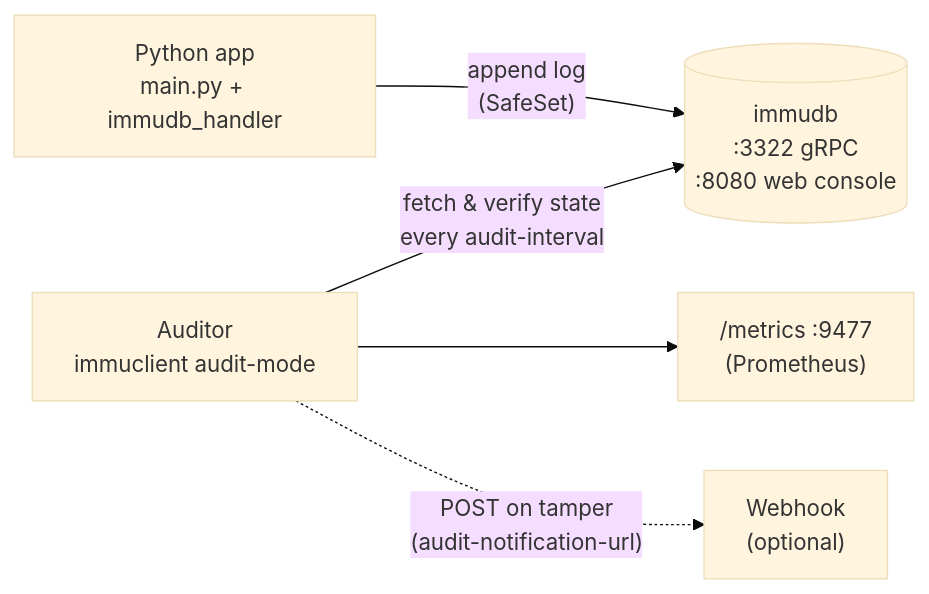
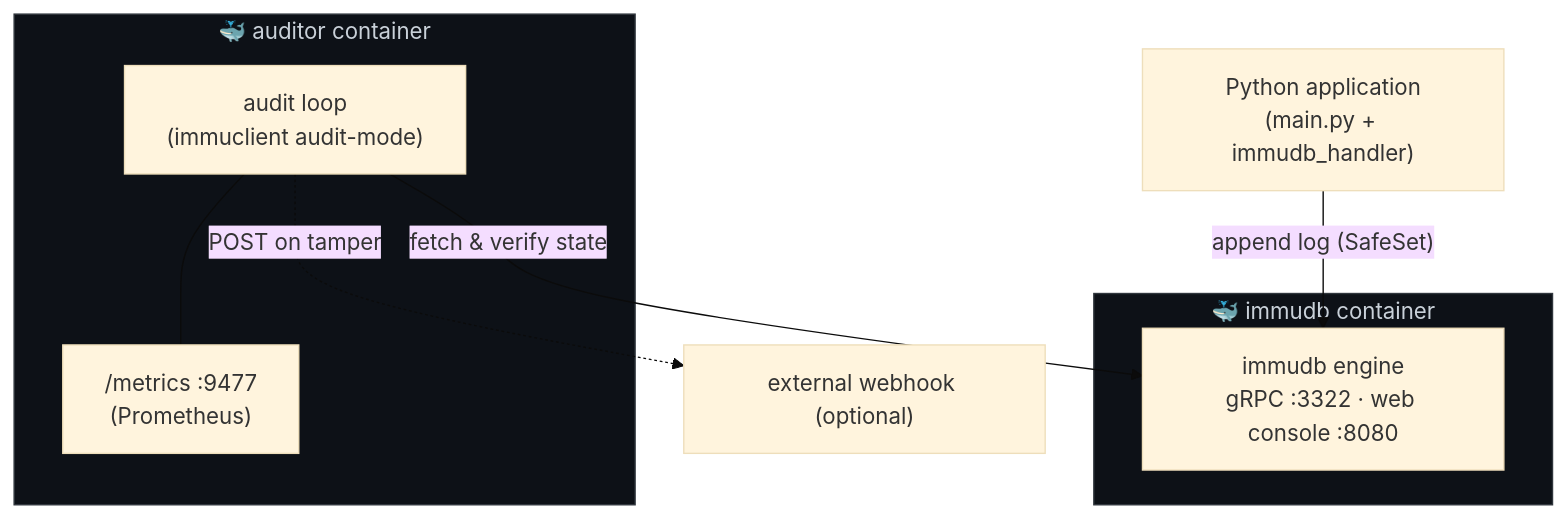
One commit to rytisss/immutable-logging changed the diagram in README.md. Above: the diagram before and after it, drawn with Mermaid (base theme). The commit also changed other lines of this file, not shown here.

Commit message:
Clarify auditor container boundaries in architecture diagram
Restructure the Mermaid diagram to use subgraph blocks so each
container is visually delineated, switch to TB layout to remove edge
label overlap, move container image names into a caption beneath the
diagram, and add explicit prose stating the auditor runs in its own
container. Also tighten the "Auditor in action" wording so it matches
the actual sequence (audit cancels on empty DB, first real audit
snapshots, subsequent audits run the consistency check).

````diff
--- a/README.md
+++ b/README.md
@@ -213,13 +215,23 @@
 ```mermaid
-flowchart LR
-    App["Python app<br/>main.py + immudb_handler"]
-    DB[("immudb<br/>:3322 gRPC<br/>:8080 web console")]
-    Aud["Auditor<br/>immuclient audit-mode"]
-    Met["/metrics :9477<br/>(Prometheus)"]
-    Hook["Webhook<br/>(optional)"]
+flowchart TB
+    App["Python application<br/>(main.py + immudb_handler)"]
 
-    App -- "append log<br/>(SafeSet)" --> DB
-    Aud -- "fetch & verify state<br/>every audit-interval" --> DB
-    Aud --> Met
-    Aud -. "POST on tamper<br/>(audit-notification-url)" .-> Hook
+    subgraph immudbBox["🐳 immudb container"]
+        DB["immudb engine<br/>gRPC :3322 · web console :8080"]
+    end
+
+    subgraph auditorBox["🐳 auditor container"]
+        Aud["audit loop<br/>(immuclient audit-mode)"]
+        Met["/metrics :9477<br/>(Prometheus)"]
+    end
+
+    Hook["external webhook (optional)"]
+
+    App -- "append log (SafeSet)" --> DB
+    Aud -- "fetch &amp; verify state" --> DB
+    Aud --- Met
+    Aud -. "POST on tamper" .-> Hook
+
+    classDef container fill:#0d1117,stroke:#30363d,color:#c9d1d9
+    class immudbBox,auditorBox container
 ```
````
